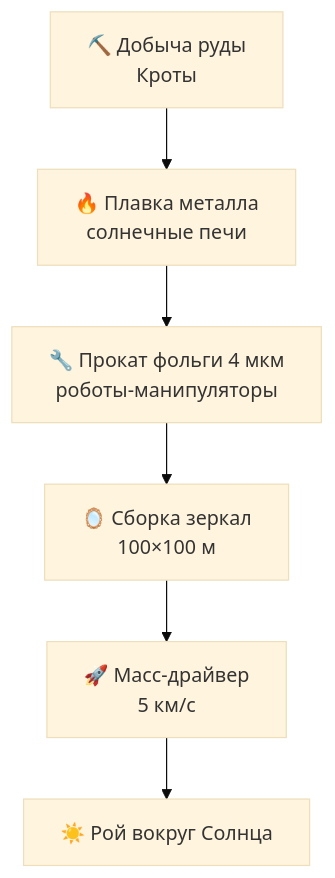
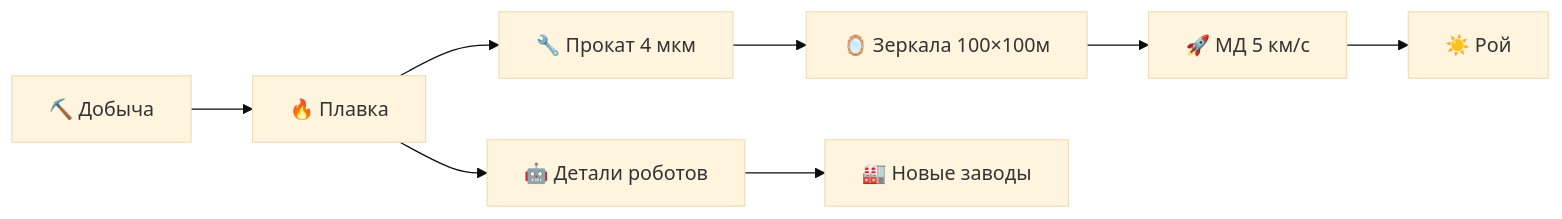
Before and after one commit to DmitryNasikanov/infinite-energy: the third of 3 diagrams in ru/science/executive-summary.qmd, drawn with Mermaid (base theme). The commit also changed other lines of this file and 8 other files, not shown here.

````diff
--- a/ru/science/executive-summary.qmd
+++ b/ru/science/executive-summary.qmd
@@ -96,8 +170,10 @@
 ```{mermaid}
-flowchart TD
-    A[⛏️ Добыча руды<br/>Кроты] --> B[🔥 Плавка металла<br/>солнечные печи]
-    B --> C[🔧 Прокат фольги 4 мкм<br/>роботы-манипуляторы]
-    C --> D[🪞 Сборка зеркал<br/>100×100 м]
-    D --> E[🚀 Масс-драйвер<br/>5 км/с]
-    E --> F[☀️ Рой вокруг Солнца]
+flowchart LR
+    A[⛏️ Добыча] --> B[🔥 Плавка]
+    B --> C[🔧 Прокат 4 мкм]
+    B --> D[🤖 Детали роботов]
+    C --> E[🪞 Зеркала 100×100м]
+    D --> F[🏭 Новые заводы]
+    E --> G[🚀 МД 5 км/с]
+    G --> H[☀️ Рой]
 ```
````
